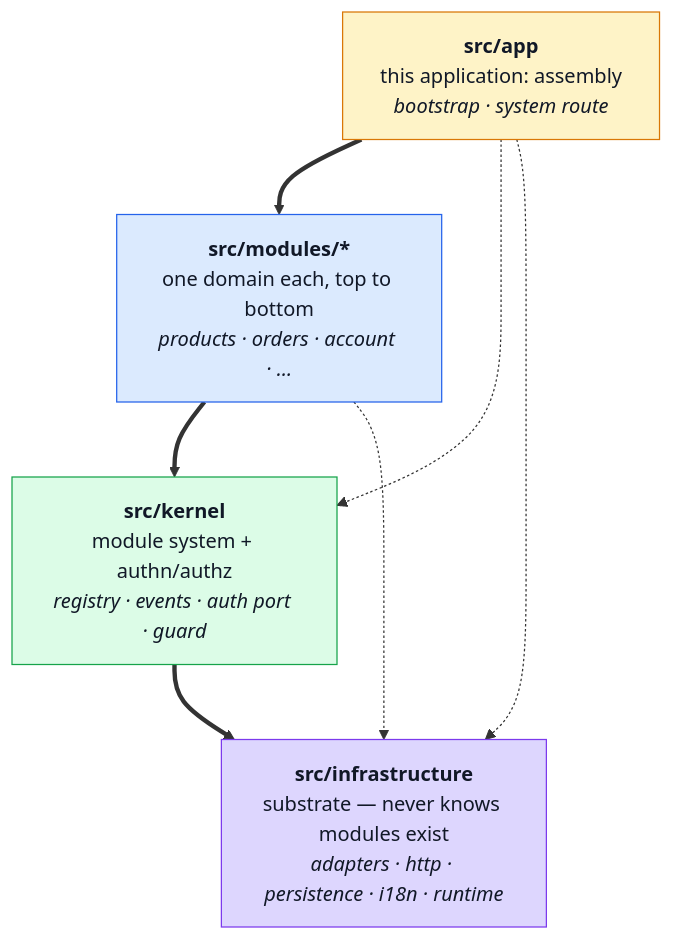
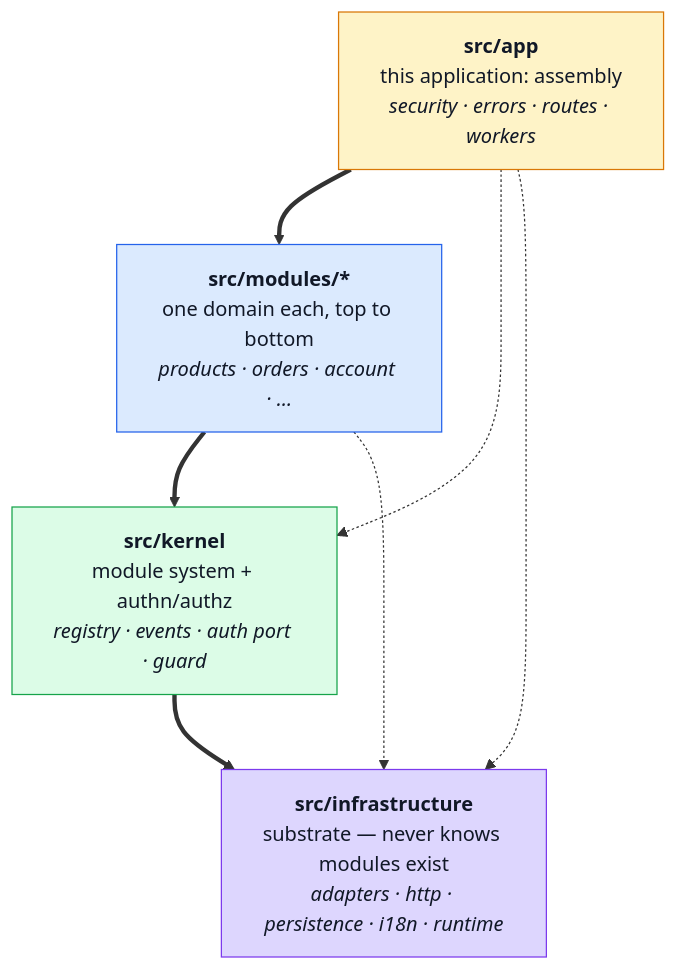
Before and after one commit to Guebbit/boilerplate-node-backend: the first of 7 diagrams in docs/theory/modules.md, drawn with Mermaid. The commit also changed other lines of this file and 130 other files, not shown here.

````diff
--- a/docs/theory/modules.md
+++ b/docs/theory/modules.md
@@ -11,24 +11,24 @@
 ```mermaid
 %%{init: {'flowchart': {'nodeSpacing': 55, 'rankSpacing': 60}}}%%
 flowchart TD
-    A["<b>src/app</b><br/>this application: assembly<br/><i>bootstrap · system route</i>"]
+    A["<b>src/app</b><br/>this application: assembly<br/><i>security · errors · routes · workers</i>"]
     M["<b>src/modules/*</b><br/>one domain each, top to bottom<br/><i>products · orders · account · …</i>"]
     P["<b>src/kernel</b><br/>module system + authn/authz<br/><i>registry · events · auth port · guard</i>"]
     C["<b>src/infrastructure</b><br/>substrate — never knows modules exist<br/><i>adapters · http · persistence · i18n · runtime</i>"]
 
     A ==> M
     M ==> P
     P ==> C
     A -.-> P
     A -.-> C
     M -.-> C
 
     classDef app fill:#fef3c7,stroke:#d97706,color:#111827;
     classDef domain fill:#dbeafe,stroke:#2563eb,color:#111827;
     classDef plat fill:#dcfce7,stroke:#16a34a,color:#111827;
     classDef core fill:#ddd6fe,stroke:#7c3aed,color:#111827;
     class A app;
     class M domain;
     class P plat;
     class C core;
 ```
````
